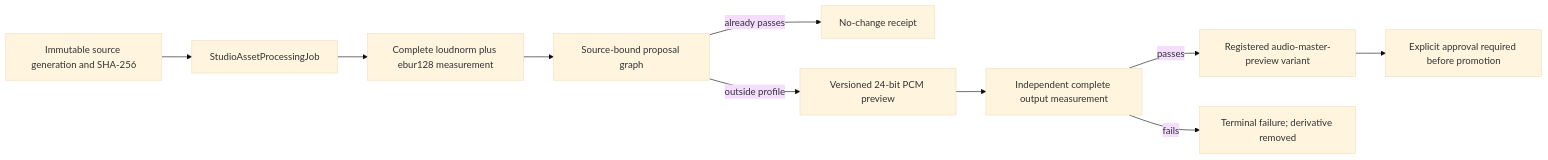
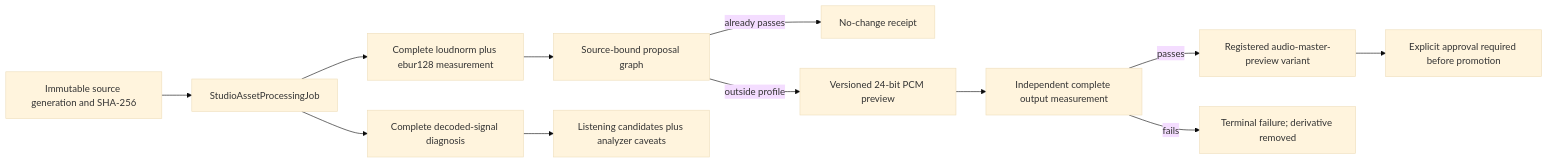
The diagram in docs/architecture/audio-mastery.md (CharlieLSparrow/high-ground-studio), drawn with Mermaid (base theme) before and after one commit. The commit also changed other lines of this file and 11 other files, not shown here.

Commit message:
feat(audio): add decoded signal diagnosis

````diff
--- a/docs/architecture/audio-mastery.md
+++ b/docs/architecture/audio-mastery.md
@@ -35,12 +35,14 @@
 ```mermaid
 flowchart LR
   S["Immutable source generation and SHA-256"] --> J["StudioAssetProcessingJob"]
   J --> M["Complete loudnorm plus ebur128 measurement"]
+  J --> D["Complete decoded-signal diagnosis"]
   M --> P["Source-bound proposal graph"]
+  D --> E["Listening candidates plus analyzer caveats"]
   P -->|"already passes"| N["No-change receipt"]
   P -->|"outside profile"| R["Versioned 24-bit PCM preview"]
   R --> V["Independent complete output measurement"]
   V -->|"passes"| A["Registered audio-master-preview variant"]
   V -->|"fails"| F["Terminal failure; derivative removed"]
   A --> H["Explicit approval required before promotion"]
 ```
````
